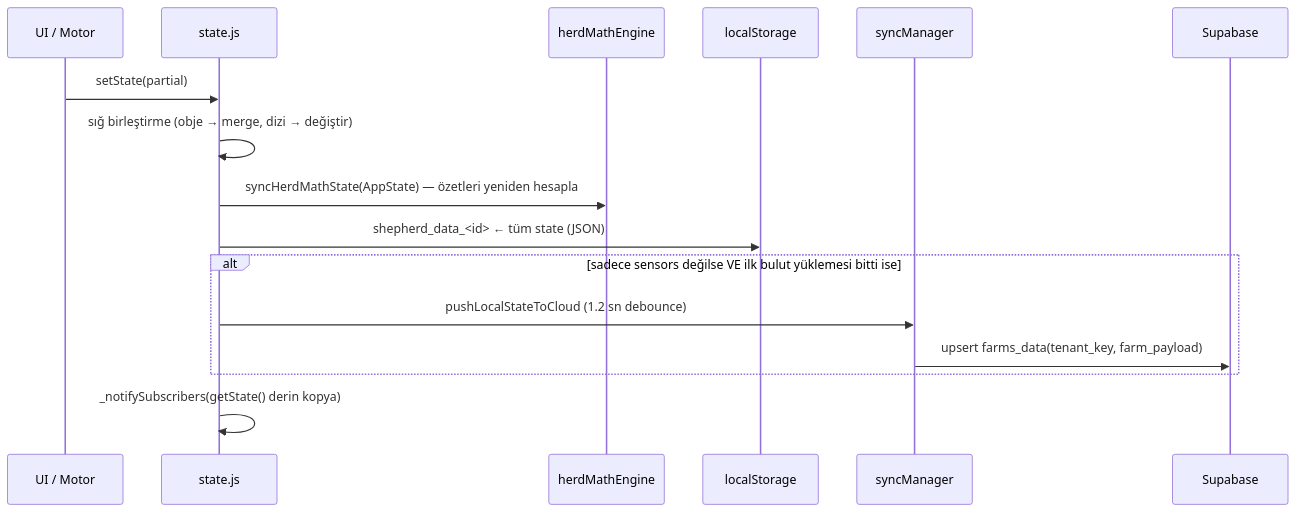
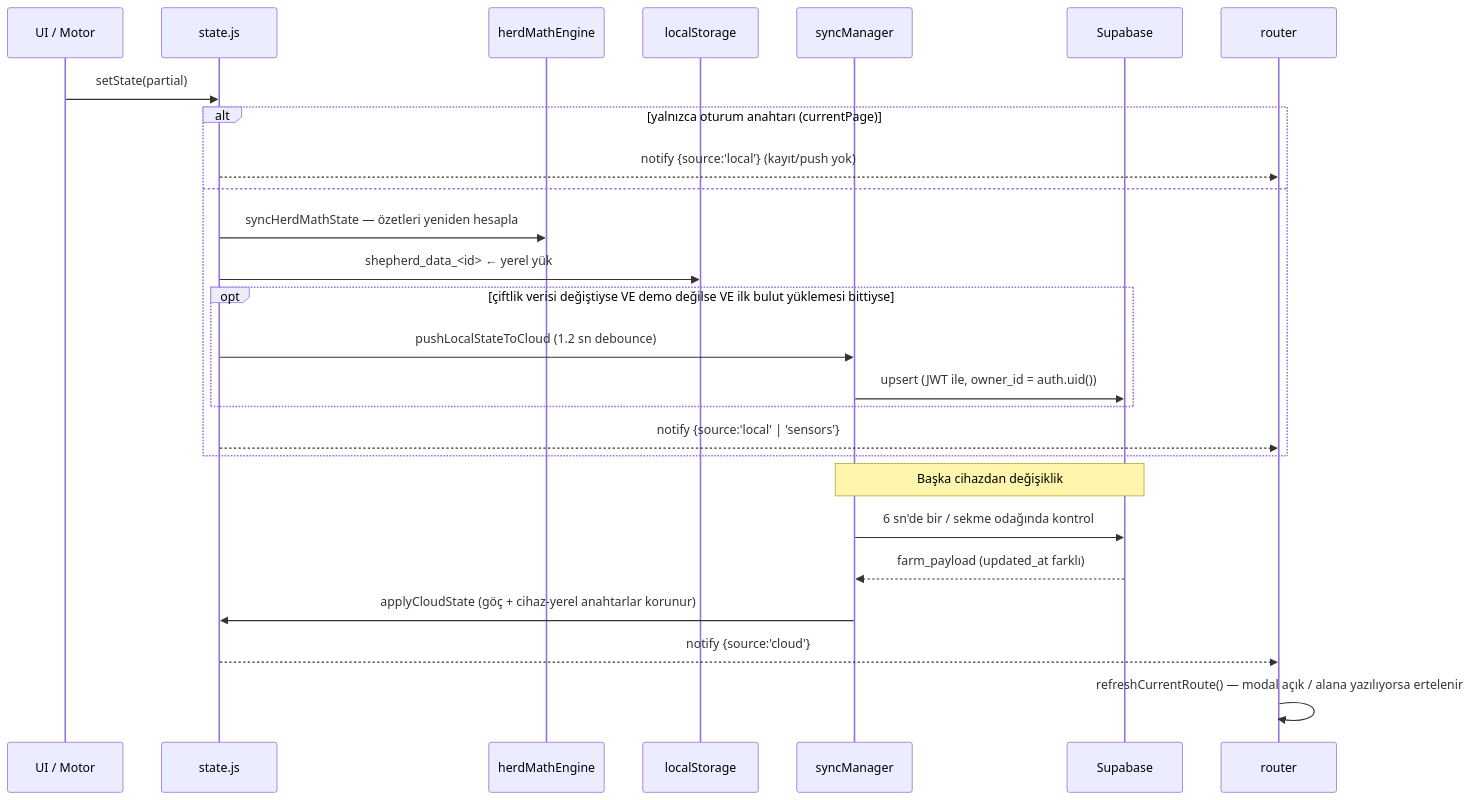
The fifth of 5 diagrams in ARCHITECTURE.md (feridun35/Kucukbas-Takip), drawn with Mermaid before and after one commit. The commit also changed other lines of this file and 25 other files, not shown here.

````diff
--- a/ARCHITECTURE.md
+++ b/ARCHITECTURE.md
@@ -246,19 +255,30 @@
 ```mermaid
 sequenceDiagram
   participant UI as UI / Motor
   participant S as state.js
   participant H as herdMathEngine
   participant L as localStorage
   participant Y as syncManager
   participant C as Supabase
+  participant R as router
 
   UI->>S: setState(partial)
-  S->>S: sığ birleştirme (obje → merge, dizi → değiştir)
-  S->>H: syncHerdMathState(AppState) — özetleri yeniden hesapla
-  S->>L: shepherd_data_<id> ← tüm state (JSON)
-  alt sadece sensors değilse VE ilk bulut yüklemesi bitti ise
-    S->>Y: pushLocalStateToCloud (1.2 sn debounce)
-    Y->>C: upsert farms_data(tenant_key, farm_payload)
+  alt yalnızca oturum anahtarı (currentPage)
+    S-->>R: notify {source:'local'} (kayıt/push yok)
+  else
+    S->>H: syncHerdMathState — özetleri yeniden hesapla
+    S->>L: shepherd_data_<id> ← yerel yük
+    opt çiftlik verisi değiştiyse VE demo değilse VE ilk bulut yüklemesi bittiyse
+      S->>Y: pushLocalStateToCloud (1.2 sn debounce)
+      Y->>C: upsert (JWT ile, owner_id = auth.uid())
+    end
+    S-->>R: notify {source:'local' | 'sensors'}
   end
-  S->>S: _notifySubscribers(getState() derin kopya)
+
+  Note over Y,C: Başka cihazdan değişiklik
+  Y->>C: 6 sn'de bir / sekme odağında kontrol
+  C-->>Y: farm_payload (updated_at farklı)
+  Y->>S: applyCloudState (göç + cihaz-yerel anahtarlar korunur)
+  S-->>R: notify {source:'cloud'}
+  R->>R: refreshCurrentRoute() — modal açık / alana yazılıyorsa ertelenir
 ```
````
